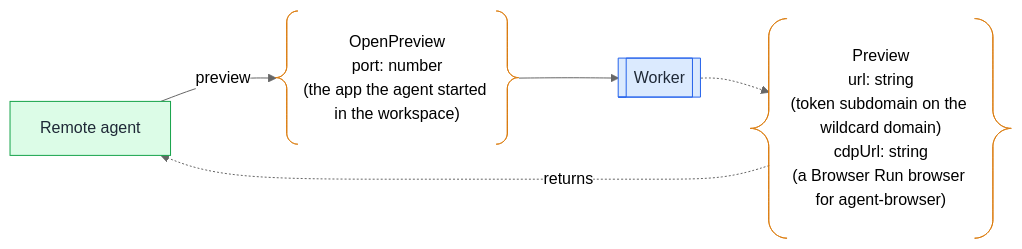
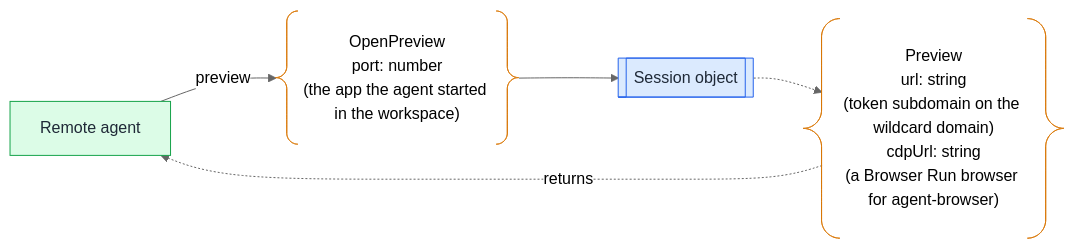
Before and after one commit to asermax/tentacles: the second of 2 diagrams in docs/technical-design/workspace.md, drawn with Mermaid (neutral theme). The commit also changed other lines of this file and 5 other files, not shown here.

````diff
--- a/docs/technical-design/workspace.md
+++ b/docs/technical-design/workspace.md
@@ -78,19 +80,19 @@
 ```mermaid
 flowchart LR
   agent@{ shape: rect, label: "Remote agent" } -->|"preview"| inp@{ shape: braces, label: "OpenPreview
   port: number
   (the app the agent started in the workspace)" }
-  inp --> worker@{ shape: subproc, label: "Worker" }
-  worker -.-> out@{ shape: braces, label: "Preview
+  inp --> session@{ shape: subproc, label: "Session object" }
+  session -.-> out@{ shape: braces, label: "Preview
   url: string
   (token subdomain on the wildcard domain)
   cdpUrl: string
   (a Browser Run browser for agent-browser)" }
   out -.->|"returns"| agent
-  classDef worker fill:#dbeafe,stroke:#2563eb,color:#1f2937
+  classDef session fill:#dbeafe,stroke:#2563eb,color:#1f2937
   classDef flow fill:#dcfce7,stroke:#16a34a,color:#1f2937
   classDef payload stroke:#d97706
   class agent flow
-  class worker worker
+  class session session
   class inp,out payload
 ```
````
